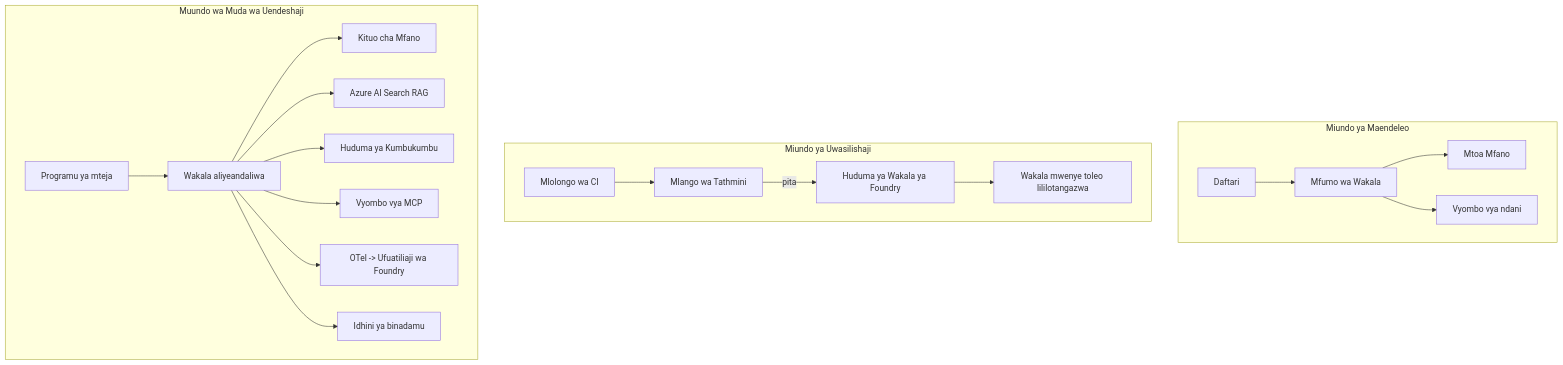
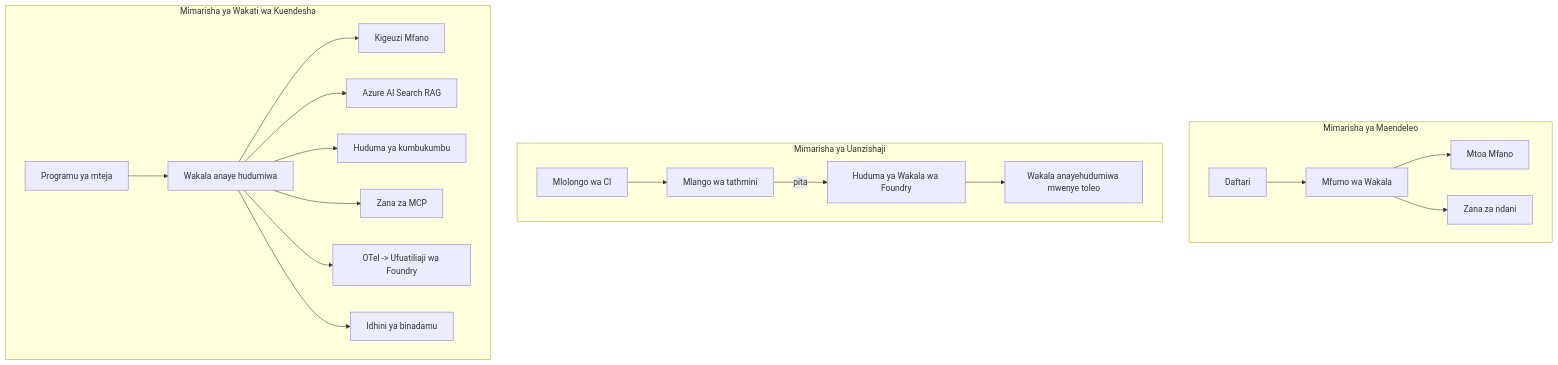
The fourth of 4 diagrams in translations/sw/16-deploying-scalable-agents/README.md (microsoft/ai-agents-for-beginners), drawn with Mermaid before and after one commit. The commit also changed other lines of this file and 47 other files, not shown here.

````diff
--- a/translations/sw/16-deploying-scalable-agents/README.md
+++ b/translations/sw/16-deploying-scalable-agents/README.md
@@ -185,22 +185,22 @@
 ```mermaid
 flowchart TB
-    subgraph Dev[Miundo ya Maendeleo]
+    subgraph Dev[Mimarisha ya Maendeleo]
         D1[Daftari] --> D2[Mfumo wa Wakala]
         D2 --> D3[Mtoa Mfano]
-        D2 --> D4[Vyombo vya ndani]
+        D2 --> D4[Zana za ndani]
     end
-    subgraph Deploy[Miundo ya Uwasilishaji]
-        E1[Mlolongo wa CI] --> E2[Mlango wa Tathmini]
-        E2 -->|pita| E3[Huduma ya Wakala ya Foundry]
-        E3 --> E4[Wakala mwenye toleo lililotangazwa]
+    subgraph Deploy[Mimarisha ya Uanzishaji]
+        E1[Mlolongo wa CI] --> E2[Mlango wa tathmini]
+        E2 -->|pita| E3[Huduma ya Wakala wa Foundry]
+        E3 --> E4[Wakala anayehudumiwa mwenye toleo]
     end
-    subgraph Run[Muundo wa Muda wa Uendeshaji]
-        F1[Programu ya mteja] --> F2[Wakala aliyeandaliwa]
-        F2 --> F3[Kituo cha Mfano]
+    subgraph Run[Mimarisha ya Wakati wa Kuendesha]
+        F1[Programu ya mteja] --> F2[Wakala anaye hudumiwa]
+        F2 --> F3[Kigeuzi Mfano]
         F2 --> F4[Azure AI Search RAG]
-        F2 --> F5[Huduma ya Kumbukumbu]
-        F2 --> F6[Vyombo vya MCP]
+        F2 --> F5[Huduma ya kumbukumbu]
+        F2 --> F6[Zana za MCP]
         F2 --> F7[OTel -> Ufuatiliaji wa Foundry]
         F2 --> F8[Idhini ya binadamu]
     end
 ```
````
